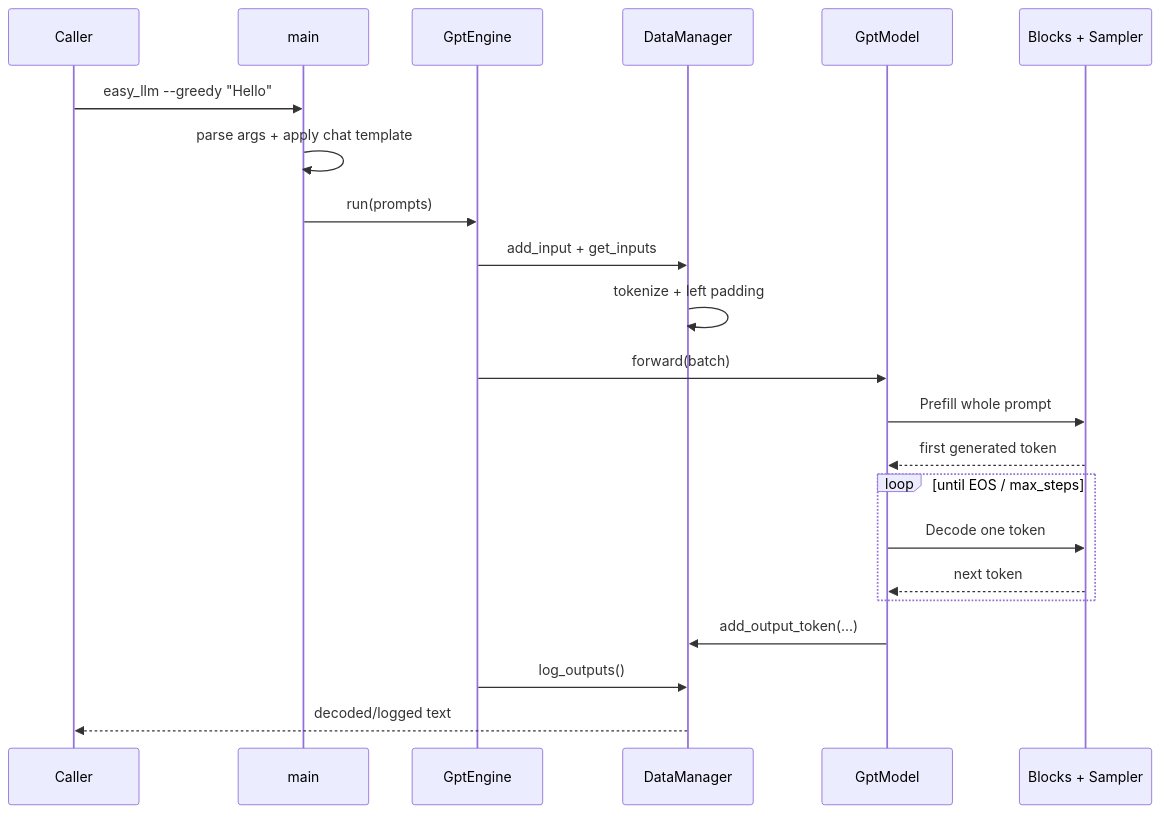
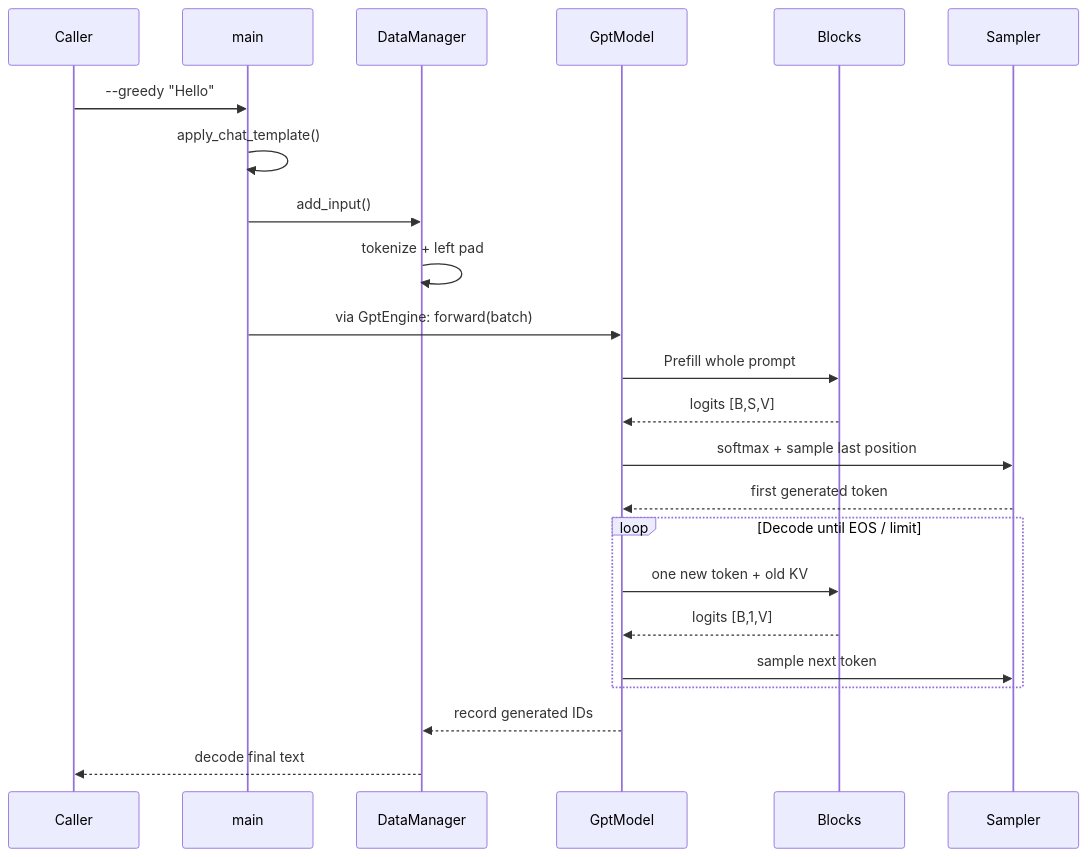
Before and after one commit to eagle-dai/easy_llm.cpp: the second of 12 diagrams in my/docs/easy_llm_guide.zh-CN.md, drawn with Mermaid. The commit also changed other lines of this file, not shown here.

Commit message:
docs: deepen visual LLM inference tutorial

````diff
--- a/my/docs/easy_llm_guide.zh-CN.md
+++ b/my/docs/easy_llm_guide.zh-CN.md
@@ -113,25 +120,26 @@
 ```mermaid
 sequenceDiagram
     participant U as Caller
     participant M as main
-    participant E as GptEngine
     participant D as DataManager
     participant G as GptModel
-    participant X as Blocks + Sampler
+    participant B as Blocks
+    participant P as Sampler
 
-    U->>M: easy_llm --greedy "Hello"
-    M->>M: parse args + apply chat template
-    M->>E: run(prompts)
-    E->>D: add_input + get_inputs
-    D->>D: tokenize + left padding
-    E->>G: forward(batch)
-    G->>X: Prefill whole prompt
-    X-->>G: first generated token
-    loop until EOS / max_steps
-        G->>X: Decode one token
-        X-->>G: next token
+    U->>M: --greedy "Hello"
+    M->>M: apply_chat_template()
+    M->>D: add_input()
+    D->>D: tokenize + left pad
+    M->>G: via GptEngine: forward(batch)
+    G->>B: Prefill whole prompt
+    B-->>G: logits [B,S,V]
+    G->>P: softmax + sample last position
+    P-->>G: first generated token
+    loop Decode until EOS / limit
+        G->>B: one new token + old KV
+        B-->>G: logits [B,1,V]
+        G->>P: sample next token
     end
-    G->>D: add_output_token(...)
-    E->>D: log_outputs()
-    D-->>U: decoded/logged text
+    G-->>D: record generated IDs
+    D-->>U: decode final text
 ```
````
